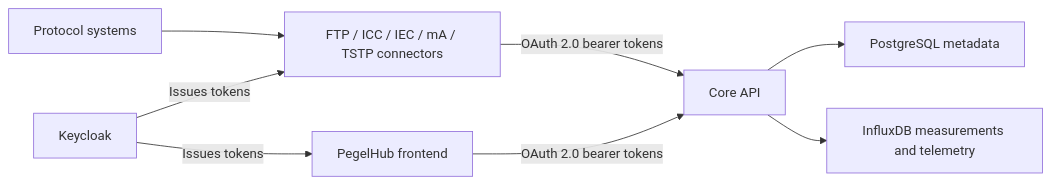
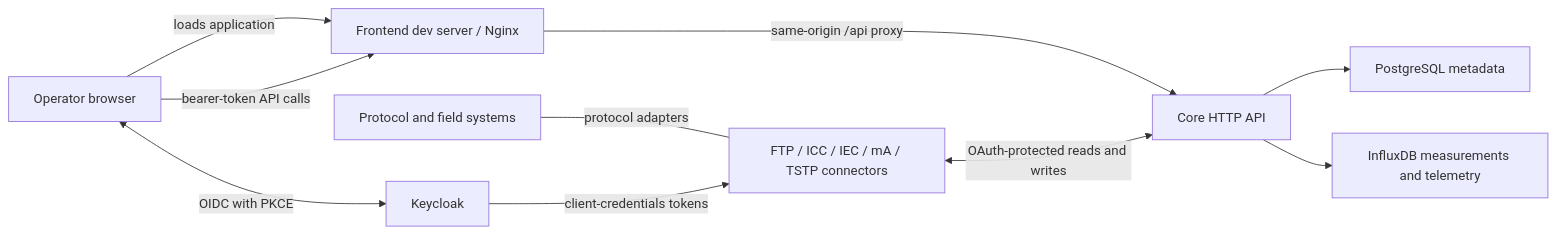
The diagram in README.md (viadonau/pegelhub), drawn with Mermaid before and after one commit. The commit also changed other lines of this file and 3 other files, not shown here.

````diff
--- a/README.md
+++ b/README.md
@@ -75,10 +101,12 @@
 ```mermaid
 flowchart LR
-    Systems["Protocol systems"] --> Connectors["FTP / ICC / IEC / mA / TSTP connectors"]
-    Connectors -->|"OAuth 2.0 bearer tokens"| Core["Core API"]
-    Frontend["PegelHub frontend"] -->|"OAuth 2.0 bearer tokens"| Core
-    Keycloak["Keycloak"] -->|"Issues tokens"| Connectors
-    Keycloak -->|"Issues tokens"| Frontend
+    Browser["Operator browser"] -->|"loads application"| Frontend["Frontend dev server / Nginx"]
+    Browser <-->|"OIDC with PKCE"| Keycloak["Keycloak"]
+    Browser -->|"bearer-token API calls"| Frontend
+    Frontend -->|"same-origin /api proxy"| Core["Core HTTP API"]
+    Systems["Protocol and field systems"] ---|"protocol adapters"| Connectors["FTP / ICC / IEC / mA / TSTP connectors"]
+    Connectors <-->|"OAuth-protected reads and writes"| Core
+    Keycloak -->|"client-credentials tokens"| Connectors
     Core --> PostgreSQL["PostgreSQL metadata"]
     Core --> InfluxDB["InfluxDB measurements and telemetry"]
 ```
````
